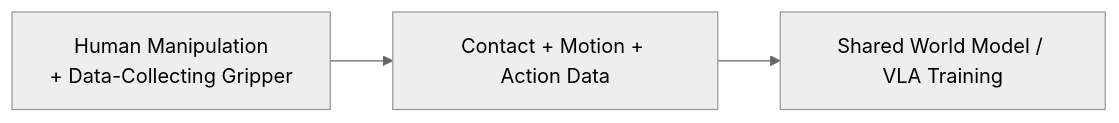
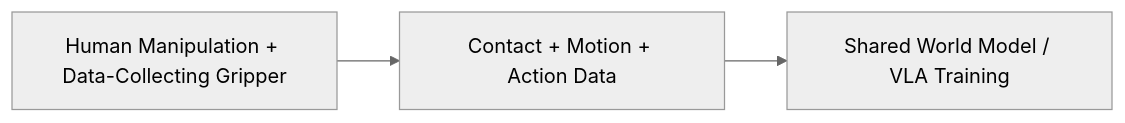
Before and after one commit to Freelunch-AI/freelunch-ide: the fifth of 12 diagrams in docs/specs/post-demo/lunch_robotics.md, drawn with Mermaid (neutral theme). The commit also changed other lines of this file, not shown here.

````diff
--- a/docs/specs/post-demo/lunch_robotics.md
+++ b/docs/specs/post-demo/lunch_robotics.md
@@ -869,7 +739,5 @@
 ```mermaid
 flowchart LR
-    A["Human Manipulation<br/>+ Data-Collecting Gripper"]
-    --> B["Contact + Motion + Action Data"]
-
+    A["Human Manipulation + Data-Collecting Gripper"] --> B["Contact + Motion + Action Data"]
     B --> C["Shared World Model / VLA Training"]
 ```
````
